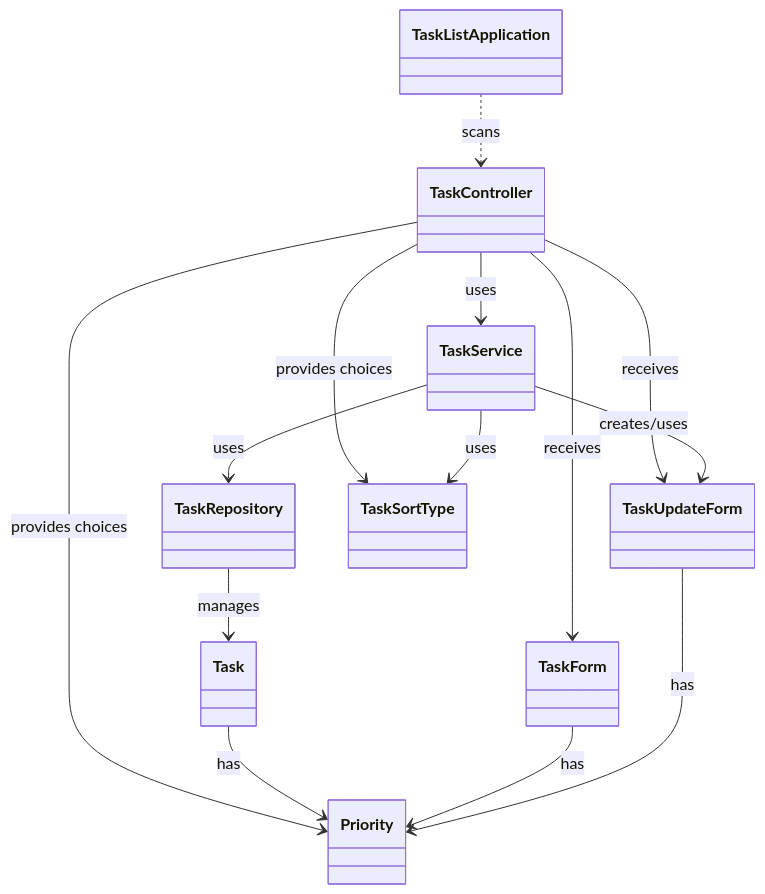
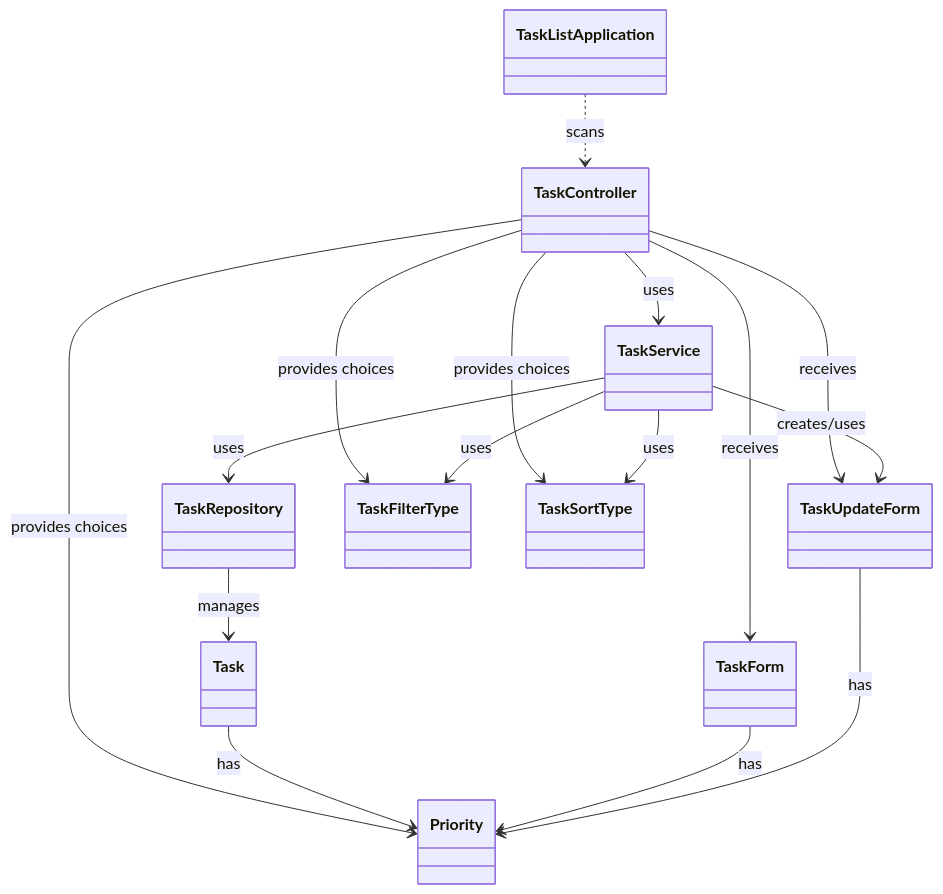
Before and after one commit to mkunori/TaskList: the first of 4 diagrams in README.md, drawn with Mermaid. The commit also changed other lines of this file, not shown here.

````diff
--- a/README.md
+++ b/README.md
@@ -94,26 +117,29 @@
 ```mermaid
 classDiagram
     class TaskListApplication
     class TaskController
     class TaskService
     class TaskRepository
     class Task
     class Priority
     class TaskForm
     class TaskUpdateForm
+    class TaskFilterType
     class TaskSortType
 
     TaskListApplication ..> TaskController : scans
     TaskController --> TaskService : uses
     TaskController --> TaskForm : receives
     TaskController --> TaskUpdateForm : receives
     TaskController --> Priority : provides choices
+    TaskController --> TaskFilterType : provides choices
     TaskController --> TaskSortType : provides choices
     TaskService --> TaskRepository : uses
     TaskService --> TaskUpdateForm : creates/uses
+    TaskService --> TaskFilterType : uses
     TaskService --> TaskSortType : uses
     TaskRepository --> Task : manages
     Task --> Priority : has
     TaskForm --> Priority : has
     TaskUpdateForm --> Priority : has
 ```
````
